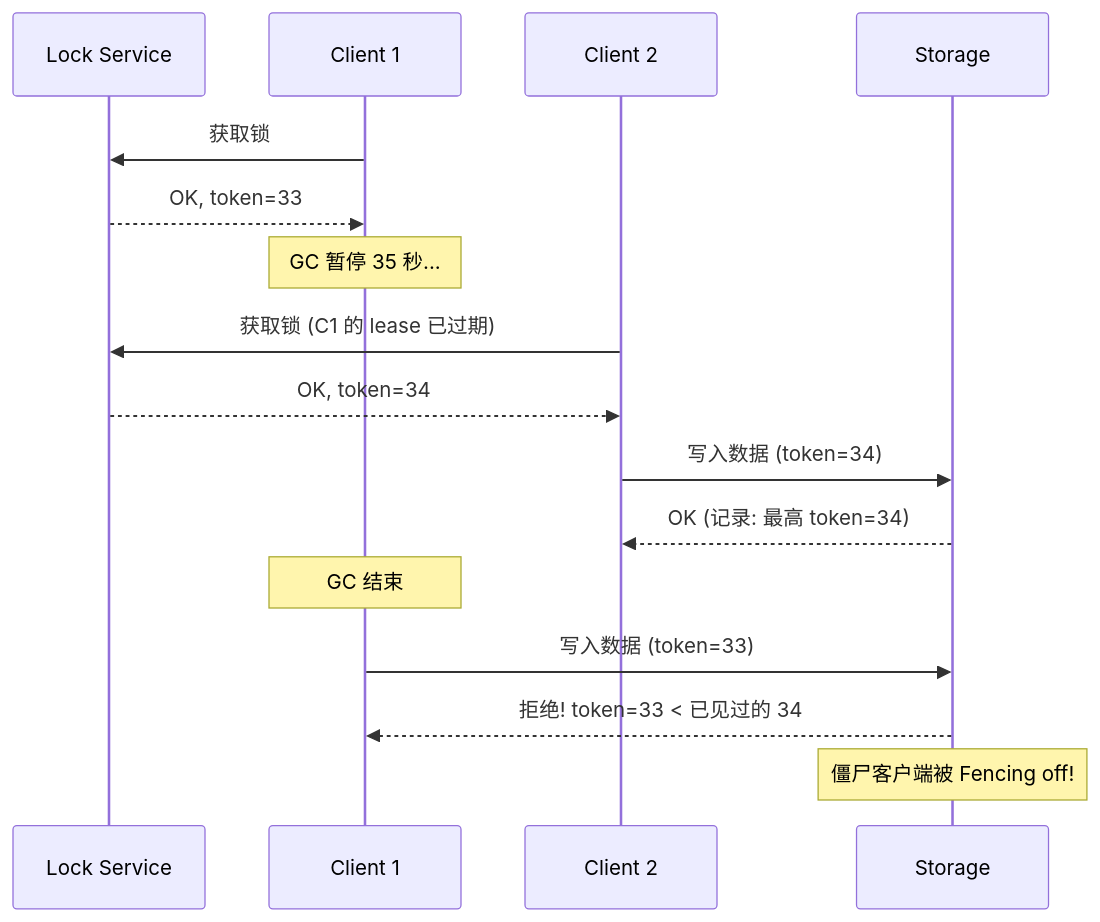
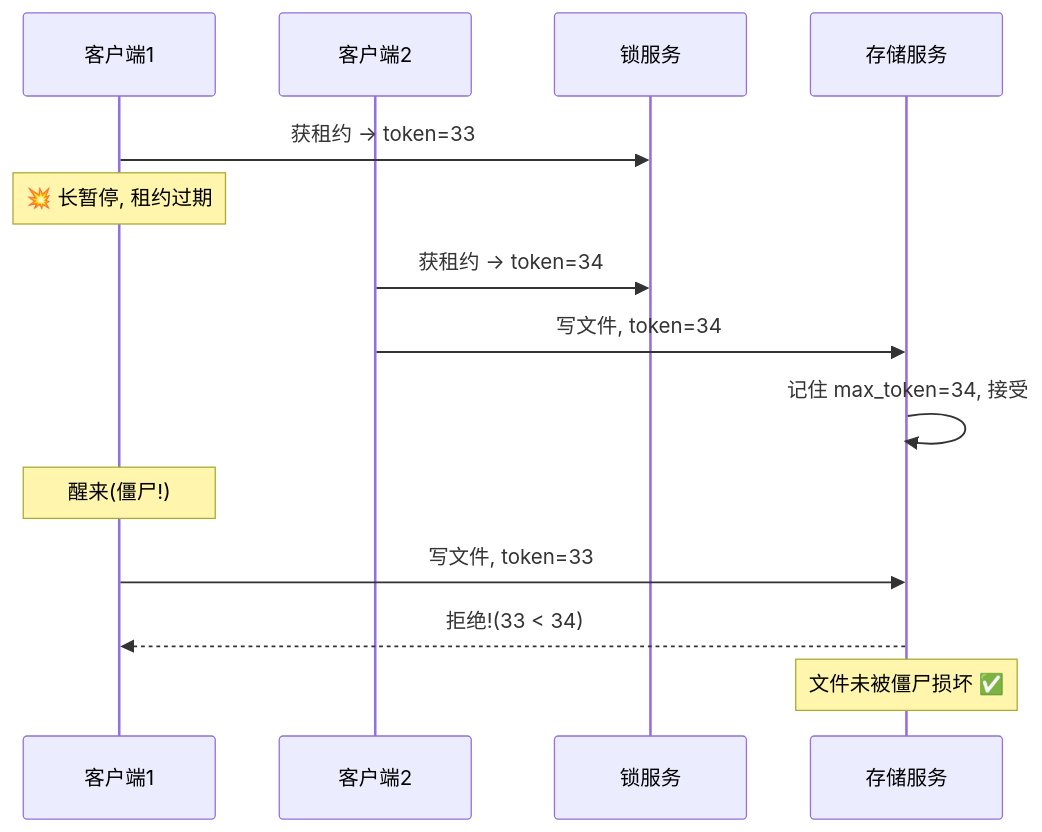
One commit to socoo123/ddia_2nd changed diagram 14 of 18 in ch09-分布式系统的困难.md. Above: the diagram before and after it, drawn with Mermaid. The commit also changed other lines of this file and 8 other files, not shown here.

First line of the commit message:
重写 ch01-ch09 读书笔记：风格统一 + 内容扩充 + 大量图表

````diff
--- a/ch09-分布式系统的困难.md
+++ b/ch09-分布式系统的困难.md
@@ -365,19 +518,16 @@
 ```mermaid
 sequenceDiagram
-    participant LS as Lock Service
-    participant C1 as Client 1
-    participant C2 as Client 2
-    participant ST as Storage
-
-    C1->>LS: 获取锁
-    LS-->>C1: OK, token=33
-    Note over C1: GC 暂停 35 秒...
-    C2->>LS: 获取锁 (C1 的 lease 已过期)
-    LS-->>C2: OK, token=34
-    C2->>ST: 写入数据 (token=34)
-    ST-->>C2: OK (记录: 最高 token=34)
-    Note over C1: GC 结束
-    C1->>ST: 写入数据 (token=33)
-    ST-->>C1: 拒绝! token=33 < 已见过的 34
-    Note over ST: 僵尸客户端被 Fencing off!
+    participant C1 as 客户端1
+    participant C2 as 客户端2
+    participant LS as 锁服务
+    participant ST as 存储服务
+    C1->>LS: 获租约 → token=33
+    Note over C1: 💥 长暂停, 租约过期
+    C2->>LS: 获租约 → token=34
+    C2->>ST: 写文件, token=34
+    ST->>ST: 记住 max_token=34, 接受
+    Note over C1: 醒来(僵尸!)
+    C1->>ST: 写文件, token=33
+    ST-->>C1: 拒绝!(33 < 34)
+    Note over ST: 文件未被僵尸损坏 ✅
 ```
````
